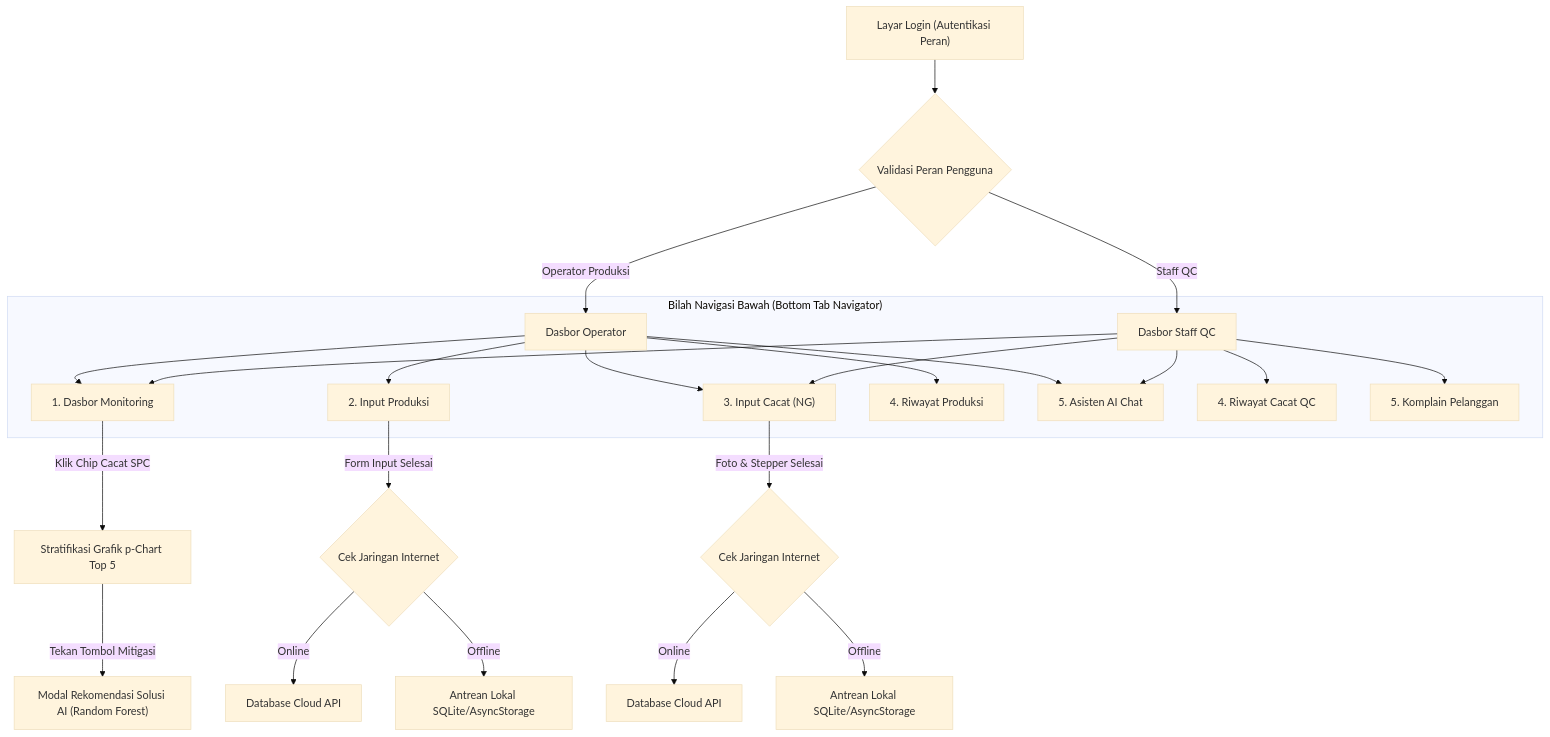
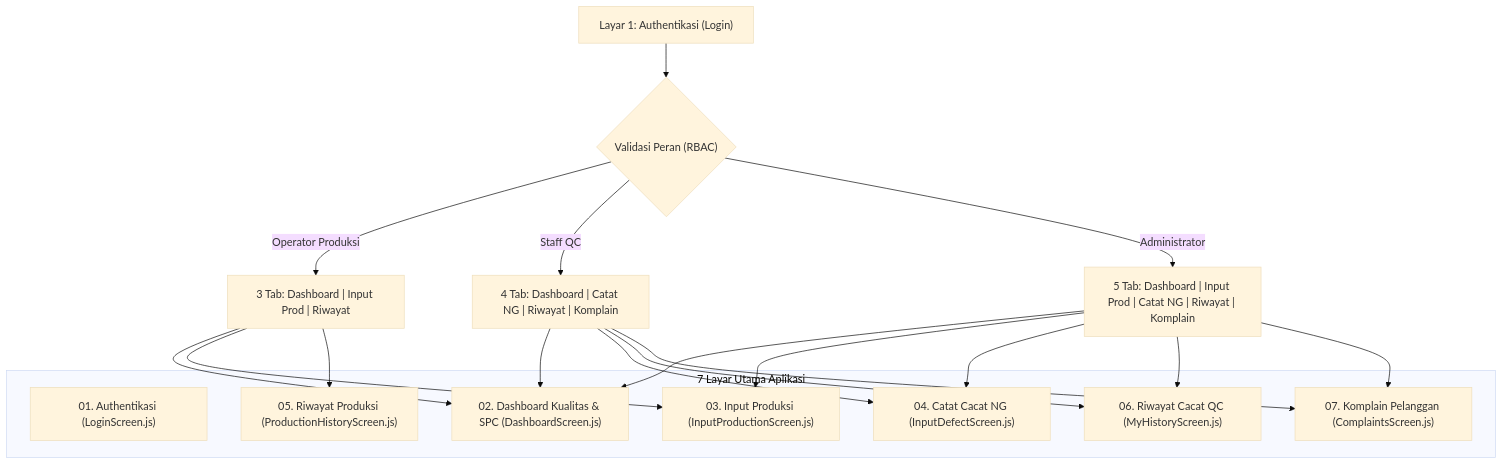
Before and after one commit to Thariq26/qc-mobile-operator: the diagram in DESIGN.md, drawn with Mermaid (base theme). The commit also changed other lines of this file and 31 other files, not shown here.

````diff
--- a/DESIGN.md
+++ b/DESIGN.md
@@ -164,32 +157,22 @@
 ```mermaid
 flowchart TD
-    Login["Layar Login (Autentikasi Peran)"] --> RoleCheck{"Validasi Peran Pengguna"}
+    Login["Layar 1: Authentikasi (Login)"] --> RoleCheck{"Validasi Peran (RBAC)"}
     
-    RoleCheck -->|Operator Produksi| OpFlow["Dasbor Operator"]
-    RoleCheck -->|Staff QC| QcFlow["Dasbor Staff QC"]
+    RoleCheck -->|Operator Produksi| OpNav["3 Tab: Dashboard | Input Prod | Riwayat"]
+    RoleCheck -->|Staff QC| QcNav["4 Tab: Dashboard | Catat NG | Riwayat | Komplain"]
+    RoleCheck -->|Administrator| AdminNav["5 Tab: Dashboard | Input Prod | Catat NG | Riwayat | Komplain"]
     
-    subgraph NavigationTabs ["Bilah Navigasi Bawah (Bottom Tab Navigator)"]
-        OpFlow --> Tab1["1. Dasbor Monitoring"]
-        OpFlow --> Tab2["2. Input Produksi"]
-        OpFlow --> Tab3["3. Input Cacat (NG)"]
-        OpFlow --> Tab4["4. Riwayat Produksi"]
-        OpFlow --> Tab5["5. Asisten AI Chat"]
-        
-        QcFlow --> Tab1
-        QcFlow --> Tab3
-        QcFlow --> Tab6["4. Riwayat Cacat QC"]
-        QcFlow --> Tab7["5. Komplain Pelanggan"]
-        QcFlow --> Tab5
+    subgraph CoreScreens ["7 Layar Utama Aplikasi"]
+        Screen1["01. Authentikasi (LoginScreen.js)"]
+        Screen2["02. Dashboard Kualitas & SPC (DashboardScreen.js)"]
+        Screen3["03. Input Produksi (InputProductionScreen.js)"]
+        Screen4["04. Catat Cacat NG (InputDefectScreen.js)"]
+        Screen5["05. Riwayat Produksi (ProductionHistoryScreen.js)"]
+        Screen6["06. Riwayat Cacat QC (MyHistoryScreen.js)"]
+        Screen7["07. Komplain Pelanggan (ComplaintsScreen.js)"]
     end
     
-    Tab1 -->|Klik Chip Cacat SPC| FilterChart["Stratifikasi Grafik p-Chart Top 5"]
-    FilterChart -->|Tekan Tombol Mitigasi| RfAiModal["Modal Rekomendasi Solusi AI (Random Forest)"]
-    
-    Tab2 -->|Form Input Selesai| OfflineProdSync{"Cek Jaringan Internet"}
-    OfflineProdSync -->|Online| CloudProd["Database Cloud API"]
-    OfflineProdSync -->|Offline| LocalProd["Antrean Lokal SQLite/AsyncStorage"]
-    
-    Tab3 -->|Foto & Stepper Selesai| OfflineDefSync{"Cek Jaringan Internet"}
-    OfflineDefSync -->|Online| CloudDef["Database Cloud API"]
-    OfflineDefSync -->|Offline| LocalDef["Antrean Lokal SQLite/AsyncStorage"]
+    OpNav --> Screen2 & Screen3 & Screen5
+    QcNav --> Screen2 & Screen4 & Screen6 & Screen7
+    AdminNav --> Screen2 & Screen3 & Screen4 & Screen6 & Screen7
 ```
````
